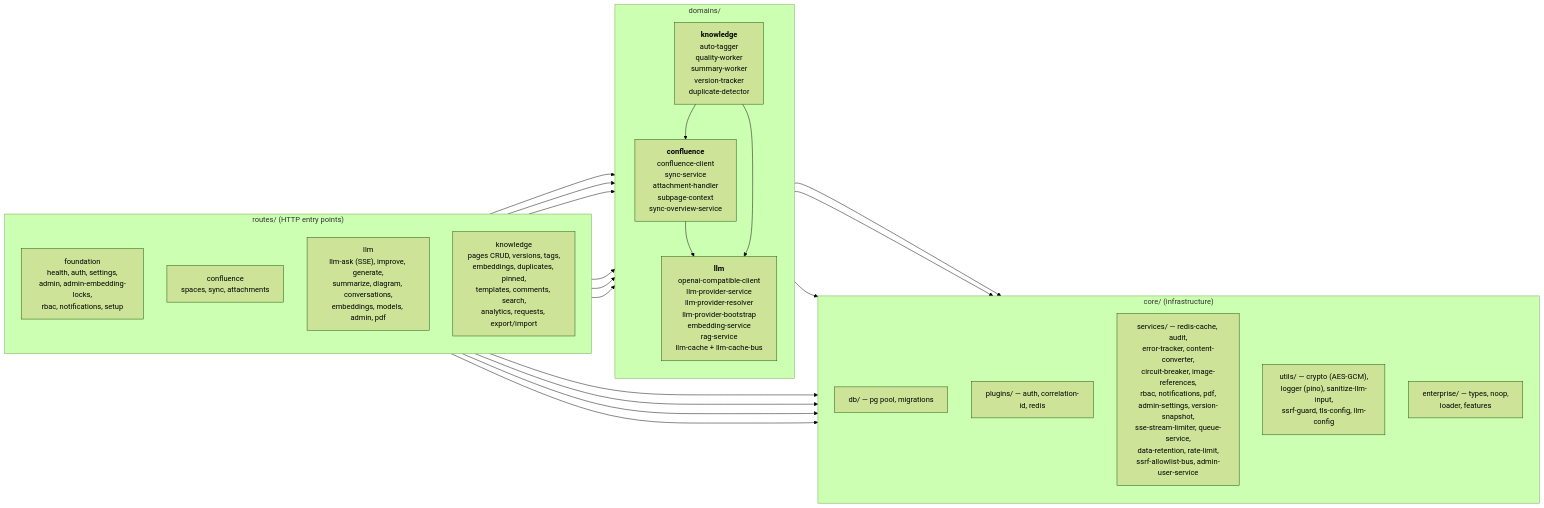
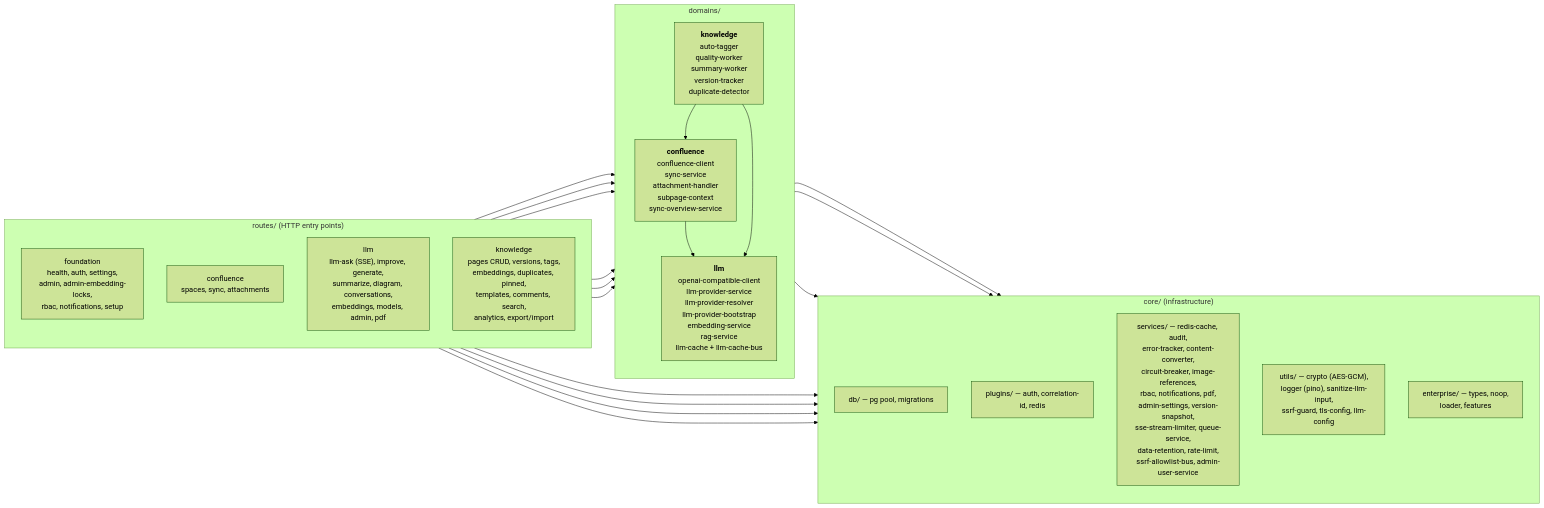
One commit to Compendiq/compendiq-ce changed the first of 2 diagrams in docs/architecture/03-backend-domains.md. Above: the diagram before and after it, drawn with Mermaid (forest theme). The commit also changed 9 other files, not shown here.

````diff
--- a/docs/architecture/03-backend-domains.md
+++ b/docs/architecture/03-backend-domains.md
@@ -9,44 +9,44 @@
 ```mermaid
 flowchart LR
     subgraph routes["routes/ (HTTP entry points)"]
         direction TB
         rF["foundation<br/>health, auth, settings,<br/>admin, admin-embedding-locks,<br/>rbac, notifications, setup"]
         rC["confluence<br/>spaces, sync, attachments"]
         rL["llm<br/>llm-ask (SSE), improve, generate,<br/>summarize, diagram, conversations,<br/>embeddings, models, admin, pdf"]
-        rK["knowledge<br/>pages CRUD, versions, tags,<br/>embeddings, duplicates, pinned,<br/>templates, comments, search,<br/>analytics, requests, export/import"]
+        rK["knowledge<br/>pages CRUD, versions, tags,<br/>embeddings, duplicates, pinned,<br/>templates, comments, search,<br/>analytics, export/import"]
     end
 
     subgraph domains["domains/"]
         direction TB
         dC["<b>confluence</b><br/>confluence-client<br/>sync-service<br/>attachment-handler<br/>subpage-context<br/>sync-overview-service"]
         dL["<b>llm</b><br/>openai-compatible-client<br/>llm-provider-service<br/>llm-provider-resolver<br/>llm-provider-bootstrap<br/>embedding-service<br/>rag-service<br/>llm-cache + llm-cache-bus"]
         dK["<b>knowledge</b><br/>auto-tagger<br/>quality-worker<br/>summary-worker<br/>version-tracker<br/>duplicate-detector"]
     end
 
     subgraph core["core/ (infrastructure)"]
         direction TB
         cDB["db/ — pg pool, migrations"]
         cPlug["plugins/ — auth, correlation-id, redis"]
         cSvc["services/ — redis-cache, audit,<br/>error-tracker, content-converter,<br/>circuit-breaker, image-references,<br/>rbac, notifications, pdf,<br/>admin-settings, version-snapshot,<br/>sse-stream-limiter, queue-service,<br/>data-retention, rate-limit,<br/>ssrf-allowlist-bus, admin-user-service"]
         cUtil["utils/ — crypto (AES-GCM),<br/>logger (pino), sanitize-llm-input,<br/>ssrf-guard, tls-config, llm-config"]
         cEnt["enterprise/ — types, noop,<br/>loader, features"]
     end
 
     rF --> core
     rC --> core
     rC --> dC
     rL --> core
     rL --> dL
     rL --> dC
     rK --> core
     rK --> dK
     rK --> dL
     rK --> dC
 
     dC --> core
     dC --> dL
     dL --> core
     dK --> core
     dK --> dL
     dK --> dC
 ```
````
